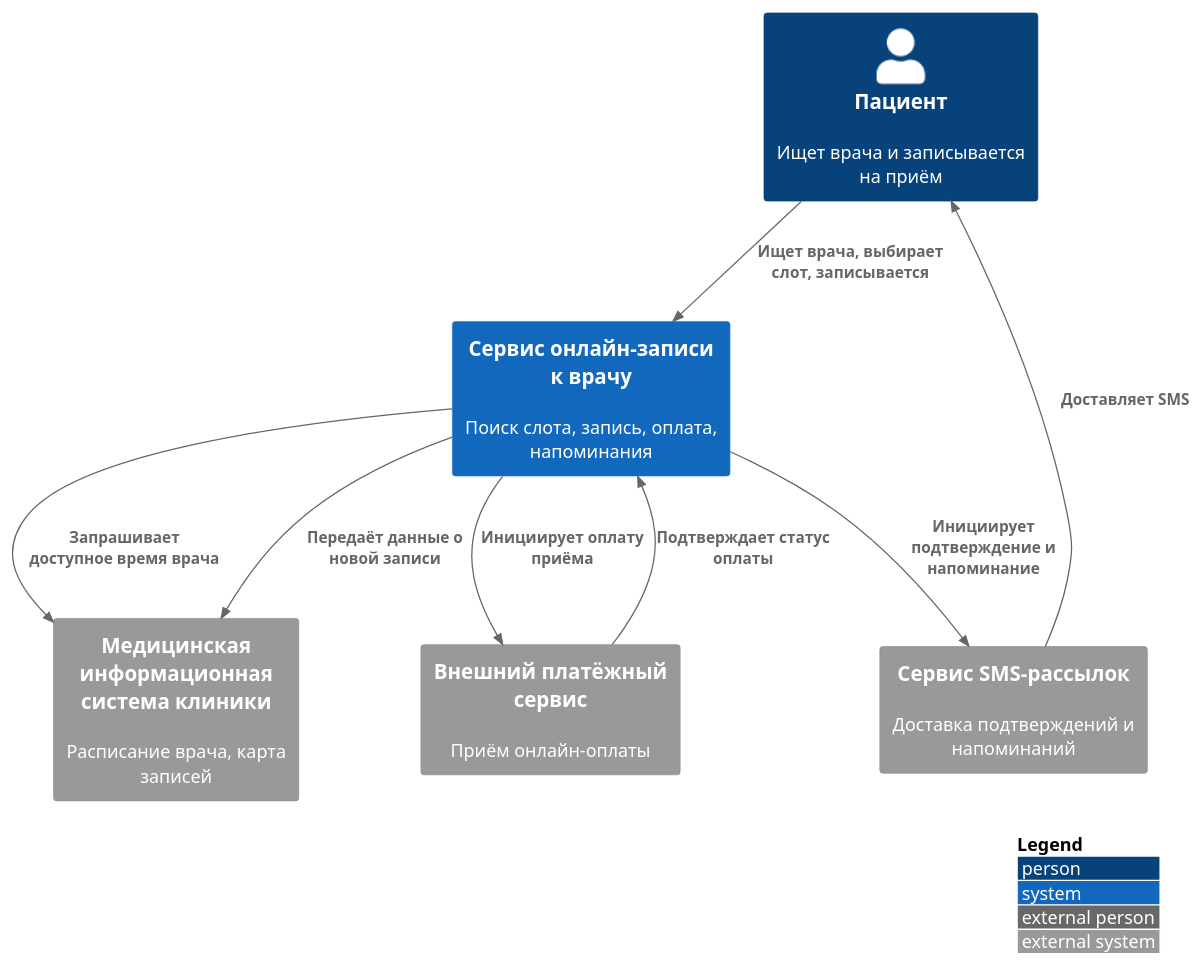
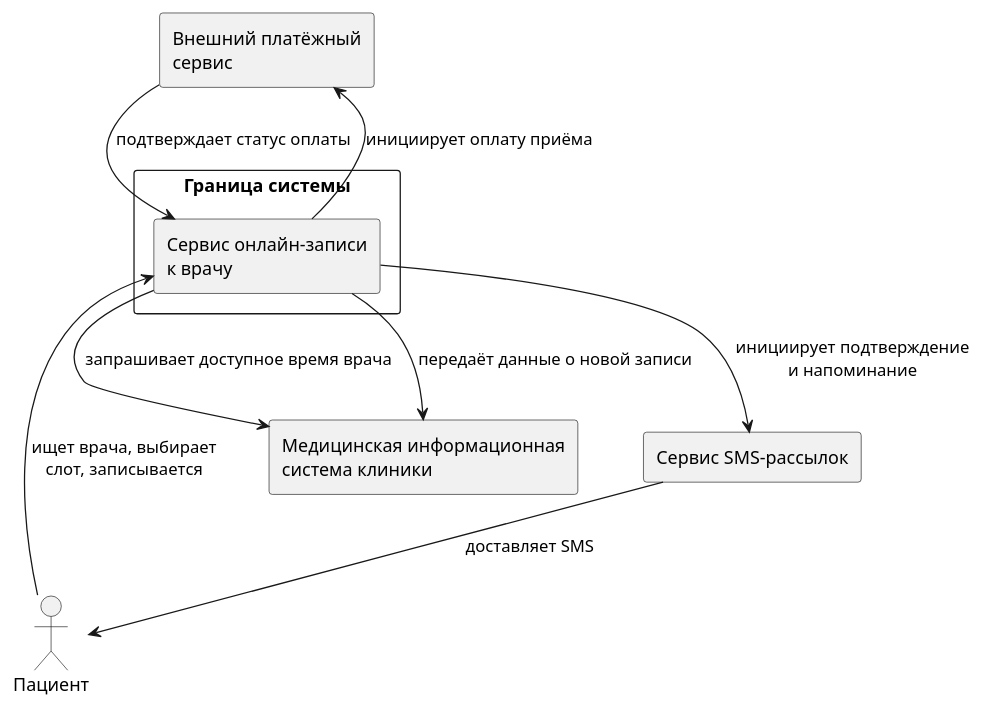
One commit to P0dp1vass/system_anal changed the second of 4 diagrams in c4-context-diagrams-4-situations.md. Above: the diagram before and after it, drawn with PlantUML. The commit also changed other lines of this file, not shown here.

First line of the commit message:
Заменить C4-PlantUML на обычный PlantUML в диаграммах контекста

````diff
--- a/c4-context-diagrams-4-situations.md
+++ b/c4-context-diagrams-4-situations.md
@@ -93,20 +97,24 @@
 ```plantuml
-@startuml C4_Context_Situation2
-!include https://raw.githubusercontent.com/plantuml-stdlib/C4-PlantUML/master/C4_Context.puml
-LAYOUT_WITH_LEGEND()
+@startuml Situation2
+skinparam backgroundColor transparent
+skinparam componentStyle rectangle
 
-Person(patient, "Пациент", "Ищет врача и записывается на приём")
-System(focus, "Сервис онлайн-записи к врачу", "Поиск слота, запись, оплата, напоминания")
-System_Ext(mis, "Медицинская информационная система клиники", "Расписание врача, карта записей")
-System_Ext(pay, "Внешний платёжный сервис", "Приём онлайн-оплаты")
-System_Ext(sms, "Сервис SMS-рассылок", "Доставка подтверждений и напоминаний")
+actor "Пациент" as Patient
 
-Rel(patient, focus, "Ищет врача, выбирает слот, записывается")
-Rel(focus, mis, "Запрашивает доступное время врача")
-Rel(focus, mis, "Передаёт данные о новой записи")
-Rel(focus, pay, "Инициирует оплату приёма")
-Rel(pay, focus, "Подтверждает статус оплаты")
-Rel(focus, sms, "Инициирует подтверждение и напоминание")
-Rel(sms, patient, "Доставляет SMS")
+rectangle "Граница системы" {
+  component "Сервис онлайн-записи\nк врачу" as Focus
+}
+
+component "Медицинская информационная\nсистема клиники" as MIS
+component "Внешний платёжный\nсервис" as Pay
+component "Сервис SMS-рассылок" as SMS
+
+Patient --> Focus : ищет врача, выбирает\nслот, записывается
+Focus --> MIS : запрашивает доступное время врача
+Focus --> MIS : передаёт данные о новой записи
+Focus --> Pay : инициирует оплату приёма
+Pay --> Focus : подтверждает статус оплаты
+Focus --> SMS : инициирует подтверждение\nи напоминание
+SMS --> Patient : доставляет SMS
 @enduml
 ```
````
